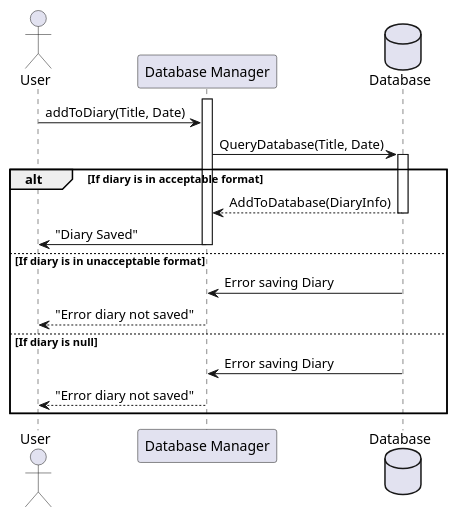
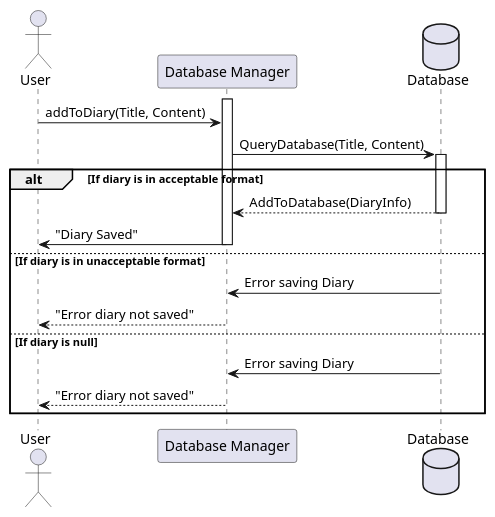
One commit to GeorgeWFunnell/Final-Year-Project changed the diagram in Diagrams/Sequence-Diagram Diary.puml. Above: the diagram before and after it, drawn with PlantUML. The commit also changed 4 other files, not shown here.

```diff
--- a/Diagrams/Sequence-Diagram Diary.puml
+++ b/Diagrams/Sequence-Diagram Diary.puml
@@ -1,31 +1,31 @@
 @startuml SequenceDiagram Login
 
 
 actor User
 participant "Database Manager"
 database "Database"
 activate "Database Manager"
 
-User -> "Database Manager" : addToDiary(Title, Date)
+User -> "Database Manager" : addToDiary(Title, Content)
 
-"Database Manager" -> Database : QueryDatabase(Title, Date)
+"Database Manager" -> Database : QueryDatabase(Title, Content)
 activate "Database"
 
 alt If diary is in acceptable format
 "Database" --> "Database Manager" :  AddToDatabase(DiaryInfo)
 deactivate "Database"
 "Database Manager" -> User : "Diary Saved"
 deactivate "Database Manager"
 
 
 else If diary is in unacceptable format
 "Database" -> "Database Manager" : Error saving Diary
 "Database Manager" --> User : "Error diary not saved"
 
 else If diary is null
 "Database" -> "Database Manager" : Error saving Diary
 "Database Manager" --> User : "Error diary not saved"
 
 
 end
 @enduml
```
